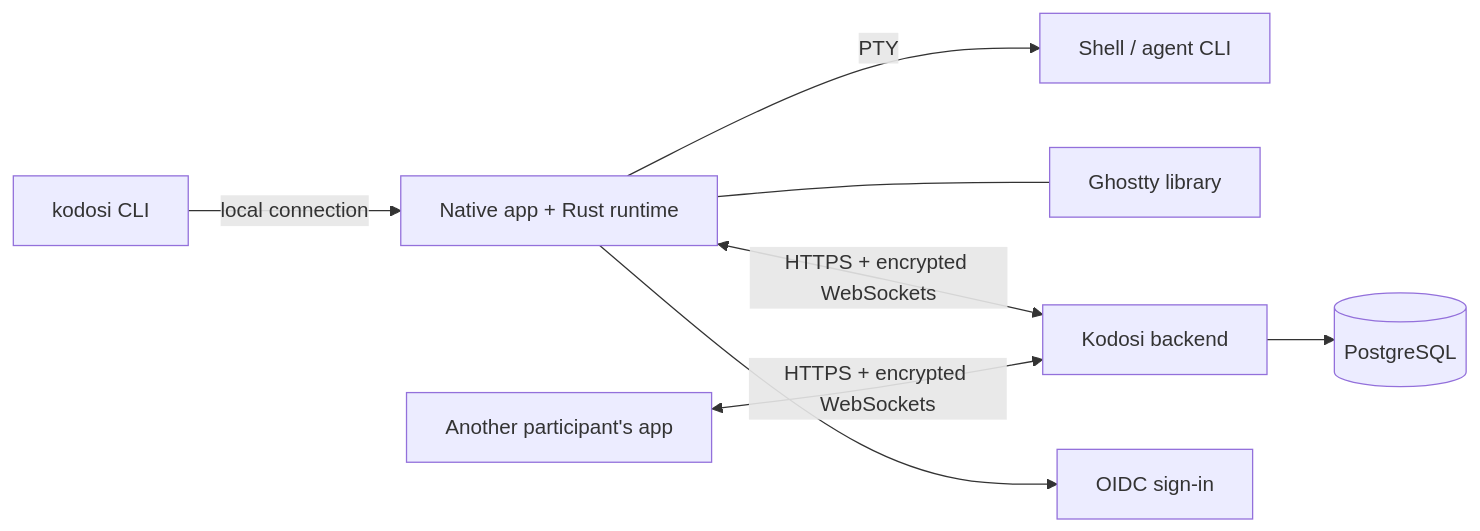
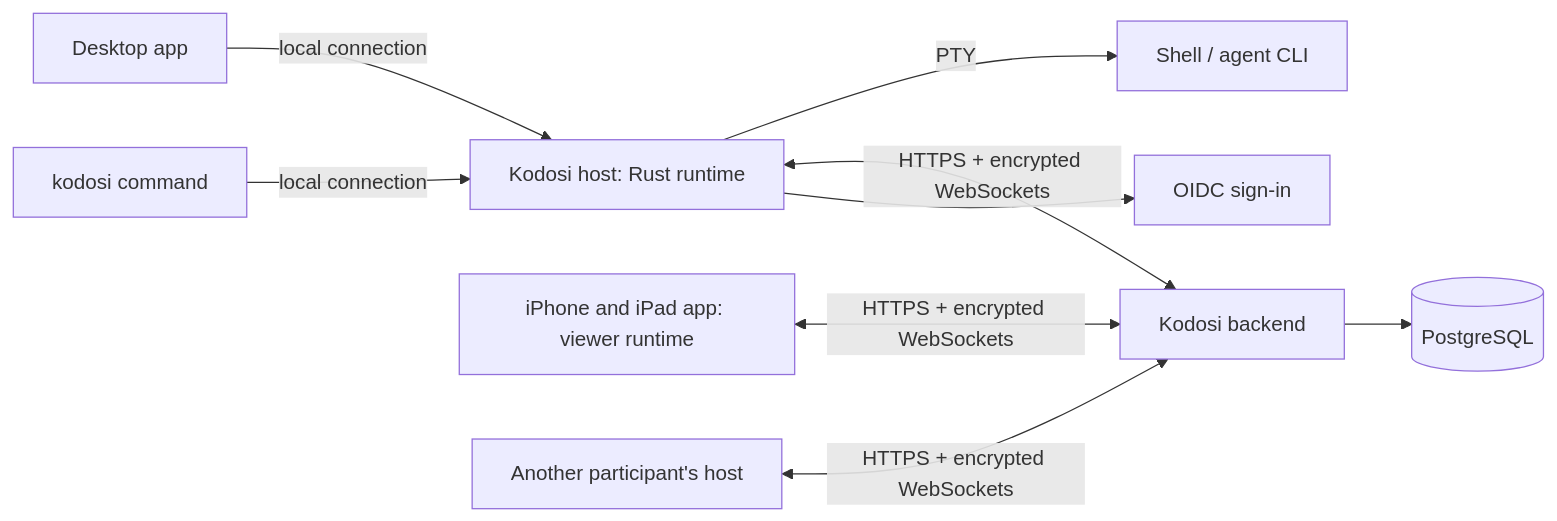
The diagram in docs/ARCHITECTURE.md (johnkozaris/Kodosi), drawn with Mermaid before and after one commit. The commit also changed other lines of this file and 129 other files, not shown here.

````diff
--- a/docs/ARCHITECTURE.md
+++ b/docs/ARCHITECTURE.md
@@ -3,10 +3,11 @@
 ```mermaid
 flowchart LR
-    CLI["kodosi CLI"] -->|local connection| App["Native app + Rust runtime"]
-    App -->|PTY| Shell["Shell / agent CLI"]
-    App --- Ghostty["Ghostty library"]
-    App <-->|HTTPS + encrypted WebSockets| Backend["Kodosi backend"]
-    Other["Another participant's app"] <-->|HTTPS + encrypted WebSockets| Backend
+    App["Desktop app"] -->|local connection| Host["Kodosi host: Rust runtime"]
+    CLI["kodosi command"] -->|local connection| Host
+    Host -->|PTY| Shell["Shell / agent CLI"]
+    Host <-->|HTTPS + encrypted WebSockets| Backend["Kodosi backend"]
+    Phone["iPhone and iPad app: viewer runtime"] <-->|HTTPS + encrypted WebSockets| Backend
+    Other["Another participant's host"] <-->|HTTPS + encrypted WebSockets| Backend
     Backend --> DB[(PostgreSQL)]
-    App --> OIDC["OIDC sign-in"]
+    Host --> OIDC["OIDC sign-in"]
 ```
````
